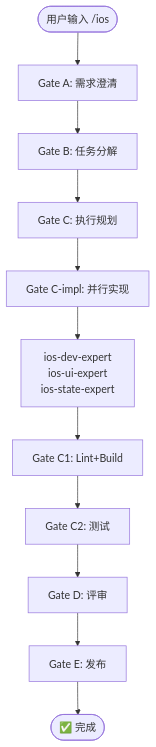
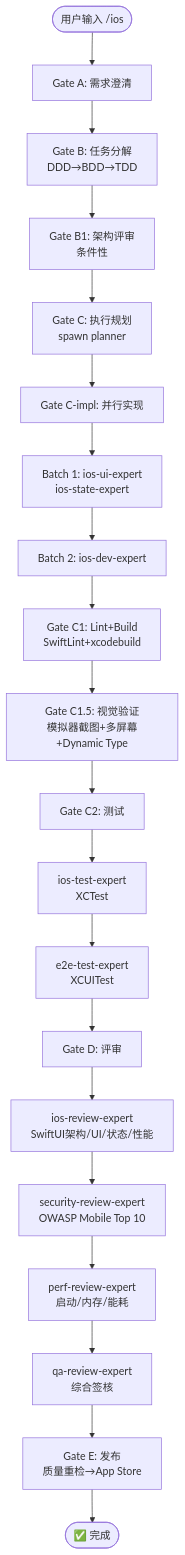
The diagram in docs/flows/ios.md (Wjl1224734792/Jarvis-Agent-Factory), drawn with Mermaid before and after one commit. The commit also changed 6 other files, not shown here.

First line of the commit message:
docs: 更新移动端/跨端流程图为完整12门序列

````diff
--- a/docs/flows/ios.md
+++ b/docs/flows/ios.md
@@ -3,13 +3,22 @@
 ```mermaid
 flowchart TD
     START([用户输入 /ios]) --> A[Gate A: 需求澄清]
-    A --> B[Gate B: 任务分解]
-    B --> C[Gate C: 执行规划]
+    A --> B[Gate B: 任务分解<br/>DDD→BDD→TDD]
+    B --> B1[Gate B1: 架构评审<br/>条件性]
+    B1 --> C[Gate C: 执行规划<br/>spawn planner]
     C --> CI[Gate C-impl: 并行实现]
-    CI --> CI1[ios-dev-expert<br/>ios-ui-expert<br/>ios-state-expert]
-    CI1 --> C1[Gate C1: Lint+Build]
-    C1 --> C2[Gate C2: 测试]
-    C2 --> D[Gate D: 评审]
-    D --> E[Gate E: 发布]
+    CI --> CI1[Batch 1: ios-ui-expert<br/>ios-state-expert]
+    CI1 --> CI2[Batch 2: ios-dev-expert]
+    CI2 --> C1[Gate C1: Lint+Build<br/>SwiftLint+xcodebuild]
+    C1 --> C15[Gate C1.5: 视觉验证<br/>模拟器截图+多屏幕+Dynamic Type]
+    C15 --> C2[Gate C2: 测试]
+    C2 --> C2A[ios-test-expert<br/>XCTest]
+    C2A --> C2B[e2e-test-expert<br/>XCUITest]
+    C2B --> D[Gate D: 评审]
+    D --> D1[ios-review-expert<br/>SwiftUI架构/UI/状态/性能]
+    D1 --> D2[security-review-expert<br/>OWASP Mobile Top 10]
+    D2 --> D3[perf-review-expert<br/>启动/内存/能耗]
+    D3 --> D4[qa-review-expert<br/>综合签核]
+    D4 --> E[Gate E: 发布<br/>质量重检→App Store]
     E --> DONE([✅ 完成])
 ```
````
